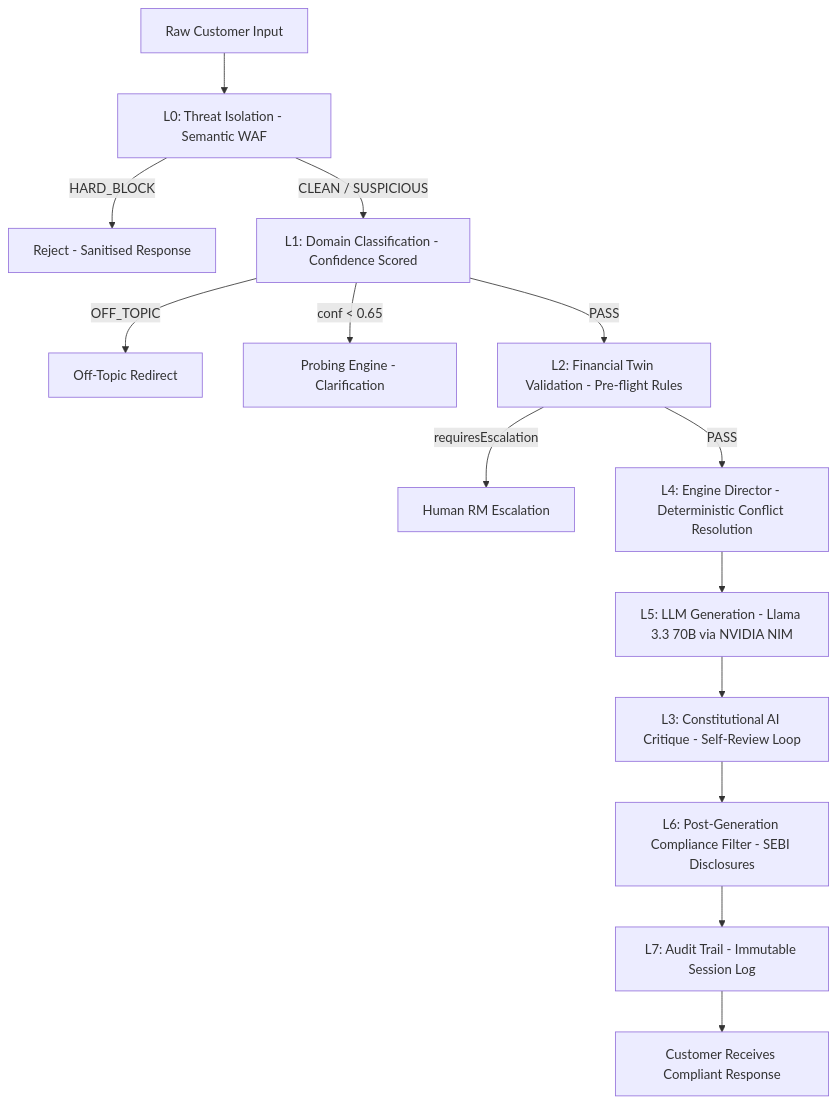
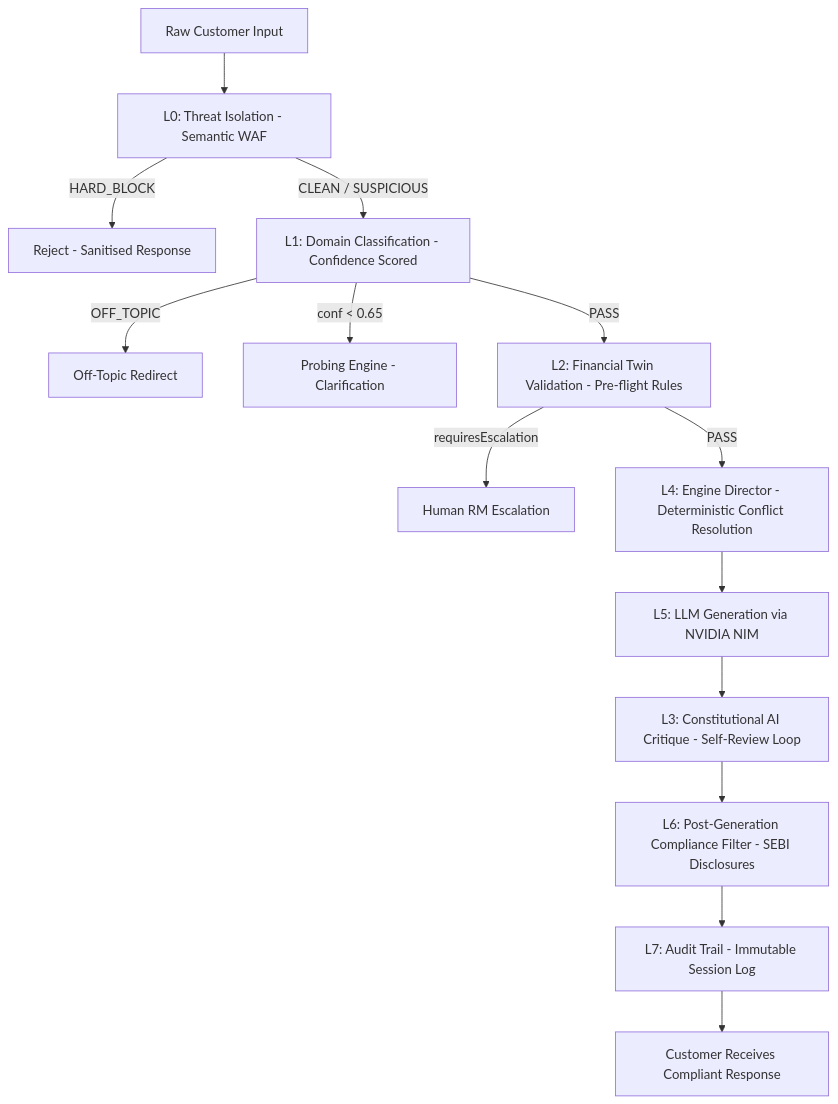
The diagram in docs/governance_architecture.md (VIKAS9793/northstar-wealth-ai), drawn with Mermaid before and after one commit. The commit also changed other lines of this file and 23 other files, not shown here.

````diff
--- a/docs/governance_architecture.md
+++ b/docs/governance_architecture.md
@@ -29,16 +29,16 @@
 ```mermaid
 graph TD
   A[Raw Customer Input] --> L0[L0: Threat Isolation - Semantic WAF]
   L0 -->|HARD_BLOCK| BLOCK[Reject - Sanitised Response]
   L0 -->|CLEAN / SUSPICIOUS| L1[L1: Domain Classification - Confidence Scored]
   L1 -->|OFF_TOPIC| OT[Off-Topic Redirect]
   L1 -->|conf < 0.65| PROBE[Probing Engine - Clarification]
   L1 -->|PASS| L2[L2: Financial Twin Validation - Pre-flight Rules]
   L2 -->|requiresEscalation| RM[Human RM Escalation]
   L2 -->|PASS| L4[L4: Engine Director - Deterministic Conflict Resolution]
-  L4 --> L5[L5: LLM Generation - Llama 3.3 70B via NVIDIA NIM]
+  L4 --> L5[L5: LLM Generation via NVIDIA NIM]
   L5 --> L3[L3: Constitutional AI Critique - Self-Review Loop]
   L3 --> L6[L6: Post-Generation Compliance Filter - SEBI Disclosures]
   L6 --> L7[L7: Audit Trail - Immutable Session Log]
   L7 --> OUT[Customer Receives Compliant Response]
 ```
````
